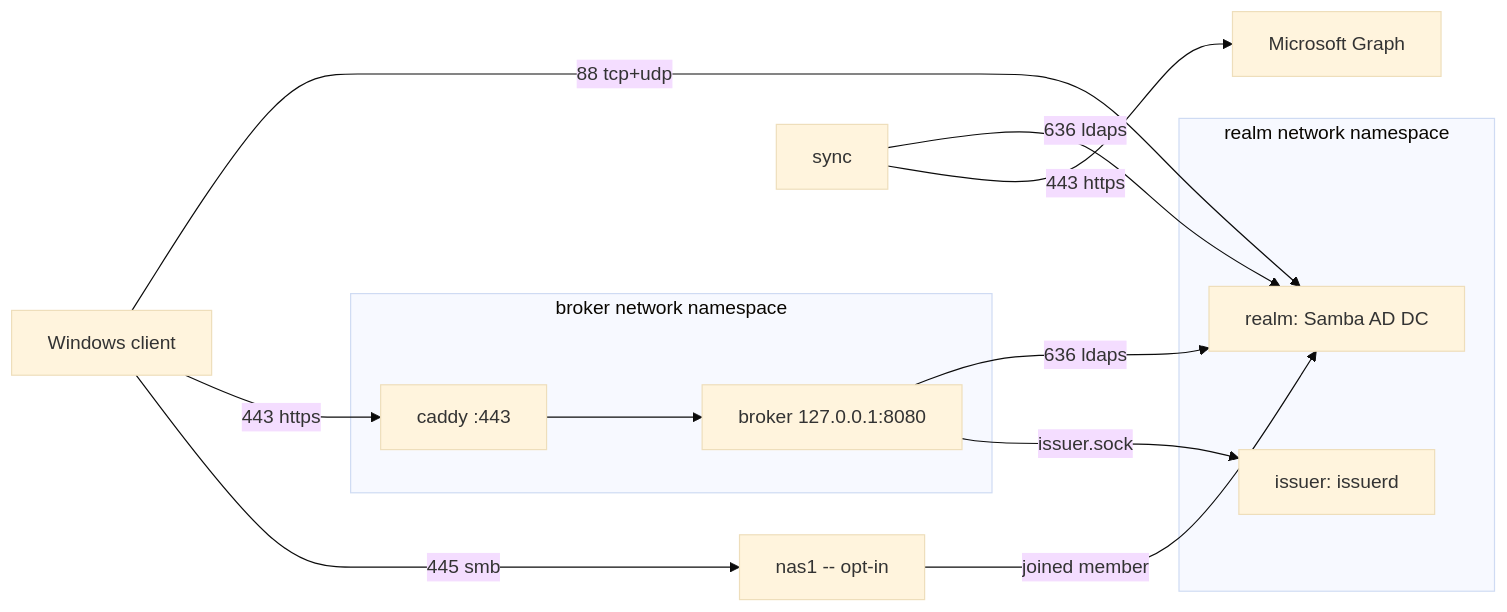
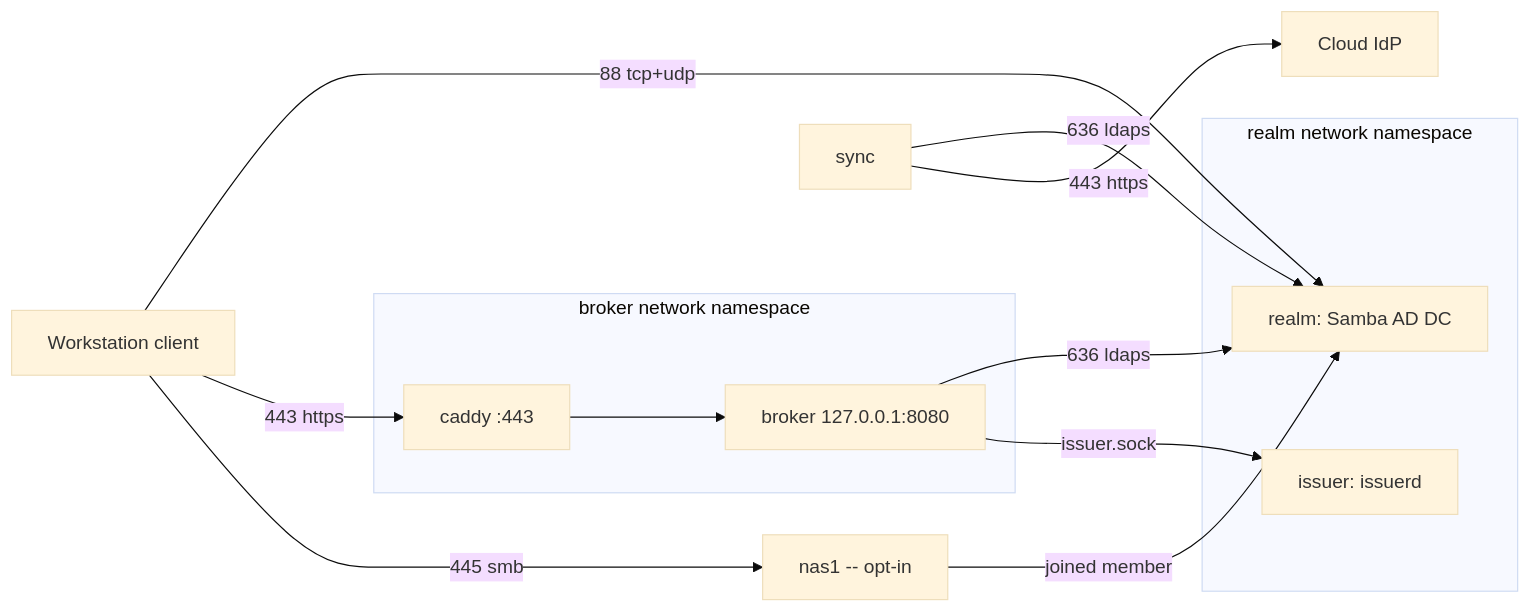
One commit to elonen/kerbridge changed the first of 2 diagrams in deploy/README.md. Above: the diagram before and after it, drawn with Mermaid (base theme). The commit also changed other lines of this file and 13 other files, not shown here.

````diff
--- a/deploy/README.md
+++ b/deploy/README.md
@@ -19,28 +19,28 @@
 ```mermaid
 flowchart LR
-  client["Windows client"]
-  msgraph["Microsoft Graph"]
+  client["Workstation client"]
+  idp["Cloud IdP"]
 
   subgraph realmc["realm network namespace"]
     realm["realm: Samba AD DC"]
     issuerd["issuer: issuerd"]
   end
 
   subgraph ns["broker network namespace"]
     caddy["caddy :443"]
     broker["broker 127.0.0.1:8080"]
   end
 
   sync["sync"]
   nas1["nas1 -- opt-in"]
 
   client -->|"88 tcp+udp"| realm
   client -->|"443 https"| caddy
   client -->|"445 smb"| nas1
   caddy --> broker
   broker -->|"636 ldaps"| realm
   broker -->|"issuer.sock"| issuerd
   sync -->|"636 ldaps"| realm
-  sync -->|"443 https"| msgraph
+  sync -->|"443 https"| idp
   nas1 -->|"joined member"| realm
 ```
````
